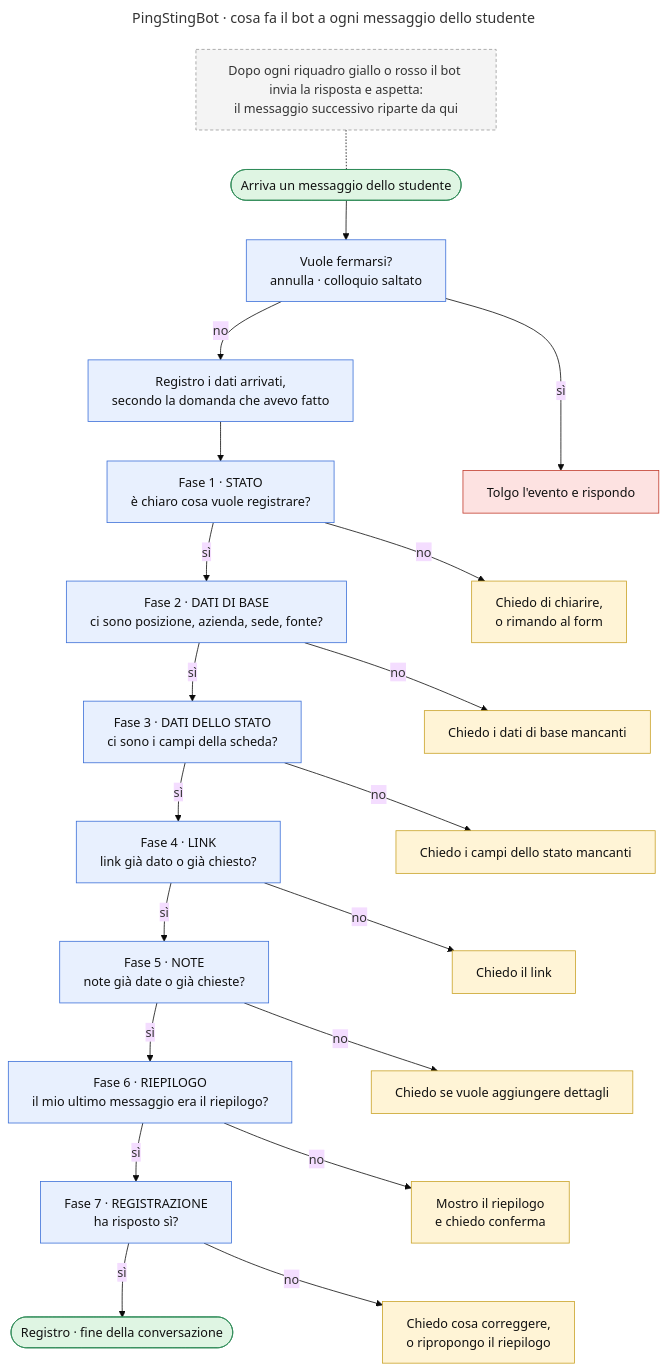
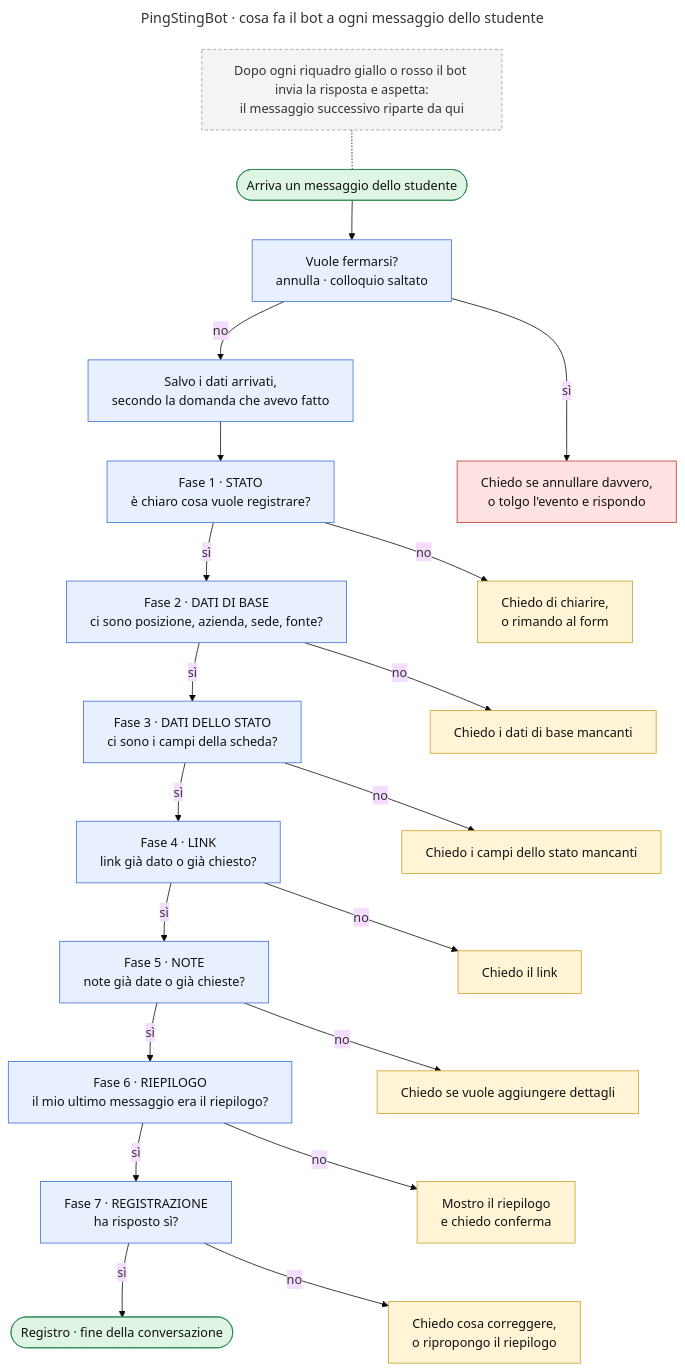
Before and after one commit to refresh-academy-staff/Progetto_ping_studenti: the diagram in Flowcharts/AI_Bot_Flowchart_20260926.mmd, drawn with Mermaid (base theme). The commit also changed 8 other files, not shown here.

```diff
--- a/Flowcharts/AI_Bot_Flowchart_20260926.mmd
+++ b/Flowcharts/AI_Bot_Flowchart_20260926.mmd
@@ -1,71 +1,72 @@
 ---
 title: PingStingBot · cosa fa il bot a ogni messaggio dello studente
 config:
   flowchart:
     wrappingWidth: 320
 ---
-%% Diagramma principale: la mappa d'insieme di AI_Bot_Instructions_Code.js.
+%% Diagramma principale: il comportamento voluto del bot. Base: le regole di AI_Bot_Instructions_20260926.js,
+%% più le decisioni prese dopo (es. conferma prima di annullare), che sono solo nel prompt 20260928.
 %% È un ciclo: ogni messaggio dello studente rifà lo stesso giro dall'alto.
 %% I dettagli sono nei sotto-diagrammi, nella stessa cartella:
 %%   AI_Bot_Flowchart_20260926_uscite.mmd    uscite · quando lo studente vuole fermarsi
 %%   AI_Bot_Flowchart_20260926_fase1.mmd     fase 1 · lo stato
 %%   AI_Bot_Flowchart_20260926_fasi2-3.mmd   fasi 2 e 3 · la raccolta in due passi
 %%   AI_Bot_Flowchart_20260926_fasi4-5.mmd   fasi 4 e 5 · link e note
 %%   AI_Bot_Flowchart_20260926_fasi6-7.mmd   fasi 6 e 7 · riepilogo e conferma
 %% Colori: azzurro = fasi e controlli · giallo = domande allo studente · rosso = uscita · verde = inizio e fine.
 flowchart TD
     CICLO["Dopo ogni riquadro giallo o rosso il bot invia la risposta e aspetta:<br/>il messaggio successivo riparte da qui"]
     MSG(["Arriva un messaggio dello studente"])
     USC["Vuole fermarsi?<br/>annulla · colloquio saltato"]
-    REG["Registro i dati arrivati,<br/>secondo la domanda che avevo fatto"]
+    REG["Salvo i dati arrivati,<br/>secondo la domanda che avevo fatto"]
     F1["Fase 1 · STATO<br/>è chiaro cosa vuole registrare?"]
     F2["Fase 2 · DATI DI BASE<br/>ci sono posizione, azienda, sede, fonte?"]
     F3["Fase 3 · DATI DELLO STATO<br/>ci sono i campi della scheda?"]
     F4["Fase 4 · LINK<br/>link già dato o già chiesto?"]
     F5["Fase 5 · NOTE<br/>note già date o già chieste?"]
     F6["Fase 6 · RIEPILOGO<br/>il mio ultimo messaggio era il riepilogo?"]
     F7["Fase 7 · REGISTRAZIONE<br/>ha risposto sì?"]
     FINE(["Registro · fine della conversazione"])
 
-    X1["Tolgo l'evento e rispondo"]
+    X1["Chiedo se annullare davvero,<br/>o tolgo l'evento e rispondo"]
     D1["Chiedo di chiarire,<br/>o rimando al form"]
     D2["Chiedo i dati di base mancanti"]
     D3["Chiedo i campi dello stato mancanti"]
     D4["Chiedo il link"]
     D5["Chiedo se vuole aggiungere dettagli"]
     D6["Mostro il riepilogo<br/>e chiedo conferma"]
     D7["Chiedo cosa correggere,<br/>o ripropongo il riepilogo"]
 
     CICLO -.- MSG
     MSG --> USC
     USC -->|no| REG
     REG --> F1
     F1 -->|sì| F2
     F2 -->|sì| F3
     F3 -->|sì| F4
     F4 -->|sì| F5
     F5 -->|sì| F6
     F6 -->|sì| F7
     F7 -->|sì| FINE
 
     USC -->|sì| X1
     F1 -->|no| D1
     F2 -->|no| D2
     F3 -->|no| D3
     F4 -->|no| D4
     F5 -->|no| D5
     F6 -->|no| D6
     F7 -->|no| D7
 
     X1 ~~~ D1 ~~~ D2 ~~~ D3 ~~~ D4 ~~~ D5 ~~~ D6 ~~~ D7
 
     classDef nota fill:#f4f4f4,stroke:#999,color:#333,stroke-dasharray:4 3
     class CICLO nota
     classDef fase fill:#e8f0fe,stroke:#3b6fd8,color:#111
     classDef domanda fill:#fff4d6,stroke:#c9a227,color:#111
     classDef uscita fill:#fde2e1,stroke:#c0392b,color:#111
     classDef estremo fill:#dff5e3,stroke:#2e8b57,color:#111
     class USC,REG,F1,F2,F3,F4,F5,F6,F7 fase
     class D1,D2,D3,D4,D5,D6,D7 domanda
     class X1 uscita
     class MSG,FINE estremo
```
